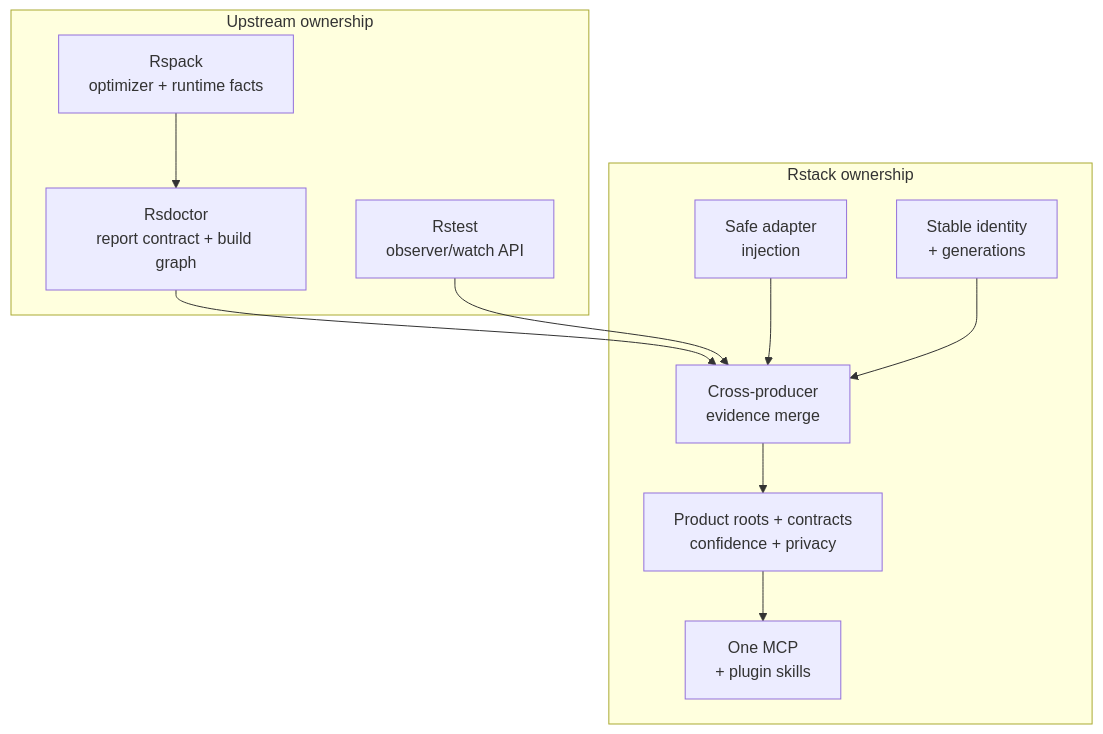
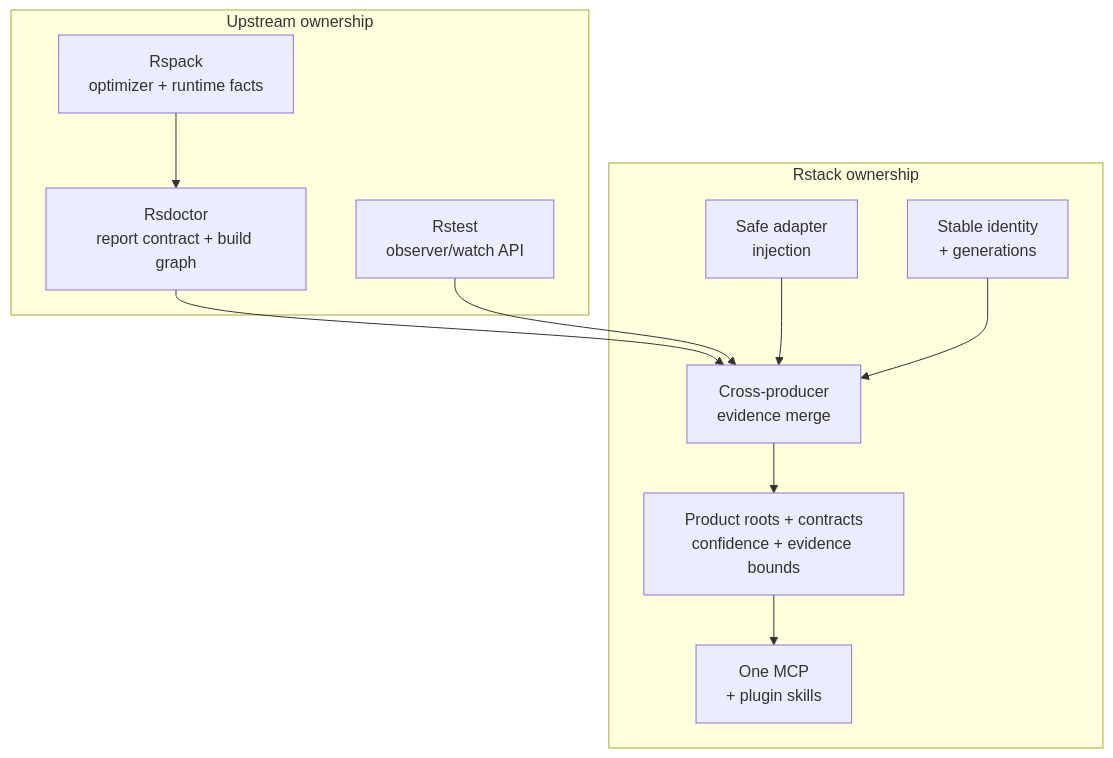
One commit to rstackjs/rstack-cli changed the second of 10 diagrams in docs/rfcs/0001-rstack-context-engine.md. Above: the diagram before and after it, drawn with Mermaid. The commit also changed other lines of this file and 9 other files, not shown here.

````diff
--- a/docs/rfcs/0001-rstack-context-engine.md
+++ b/docs/rfcs/0001-rstack-context-engine.md
@@ -185,23 +183,23 @@
 ```mermaid
 flowchart TB
   subgraph Upstream["Upstream ownership"]
     RP["Rspack<br/>optimizer + runtime facts"]
     RD["Rsdoctor<br/>report contract + build graph"]
     RT["Rstest<br/>observer/watch API"]
   end
 
   subgraph Rstack["Rstack ownership"]
     Inject["Safe adapter<br/>injection"]
     Identity["Stable identity<br/>+ generations"]
     Merge["Cross-producer<br/>evidence merge"]
-    Policy["Product roots + contracts<br/>confidence + privacy"]
+    Policy["Product roots + contracts<br/>confidence + evidence bounds"]
     MCP["One MCP<br/>+ plugin skills"]
   end
 
   RP --> RD
   RD --> Merge
   RT --> Merge
   Inject --> Merge
   Identity --> Merge
   Merge --> Policy --> MCP
 ```
````
